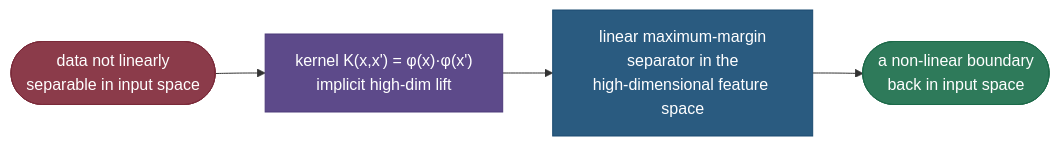
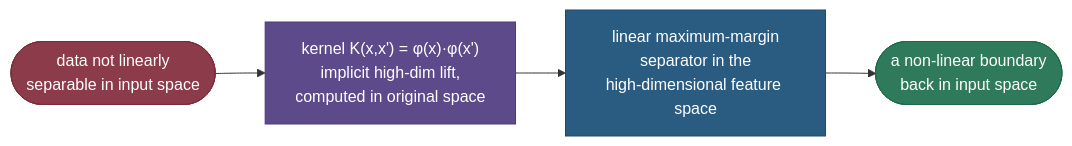
Before and after one commit to sudhir13s/AI-ML-learning-resources: the second of 2 diagrams in 03. Supervised_Learning/concepts/06-Support-Vector-Machines.md, drawn with Mermaid. The commit also changed other lines of this file and 3 other files, not shown here.

````diff
--- a/03. Supervised_Learning/concepts/06-Support-Vector-Machines.md
+++ b/03. Supervised_Learning/concepts/06-Support-Vector-Machines.md
@@ -77,11 +171,11 @@
 ```mermaid
 graph LR
-    X(["data not linearly<br/>separable in input space"]):::danger --> K["kernel K(x,x') = φ(x)·φ(x')<br/>implicit high-dim lift"]:::process
+    X(["data not linearly<br/>separable in input space"]):::danger --> K["kernel K(x,x') = φ(x)·φ(x')<br/>implicit high-dim lift,<br/>computed in original space"]:::process
     K --> H["linear maximum-margin<br/>separator in the<br/>high-dimensional feature space"]:::navy
     H --> O(["a non-linear boundary<br/>back in input space"]):::out
 
     classDef danger fill:#8B3B4A,stroke:#7B2B3A,color:#fff
     classDef process fill:#5D4A8A,stroke:#4D3A7A,color:#fff
     classDef navy fill:#2A5B80,stroke:#1A4B70,color:#fff
     classDef out fill:#2E7A5A,stroke:#1E6A4A,color:#fff
 ```
````
